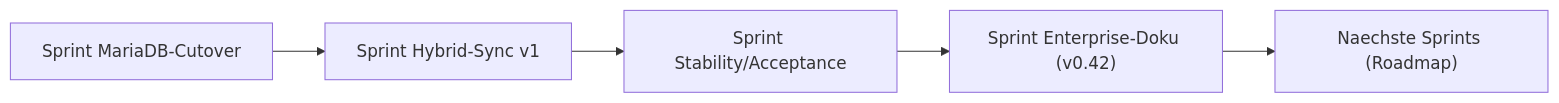
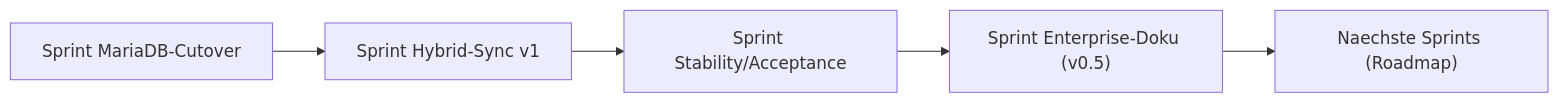
One commit to QuasiniusQuaks/nd-hub changed the diagram in docs/project/01-roadmap.md. Above: the diagram before and after it, drawn with Mermaid. The commit also changed 15 other files, not shown here.

````diff
--- a/docs/project/01-roadmap.md
+++ b/docs/project/01-roadmap.md
@@ -77,7 +77,7 @@
 ```mermaid
 flowchart LR
     sprintMig["Sprint MariaDB-Cutover"] --> sprintSync["Sprint Hybrid-Sync v1"]
     sprintSync --> sprintQuality["Sprint Stability/Acceptance"]
-    sprintQuality --> sprintDoc["Sprint Enterprise-Doku (v0.42)"]
+    sprintQuality --> sprintDoc["Sprint Enterprise-Doku (v0.5)"]
     sprintDoc --> sprintNext["Naechste Sprints (Roadmap)"]
 ```
````
